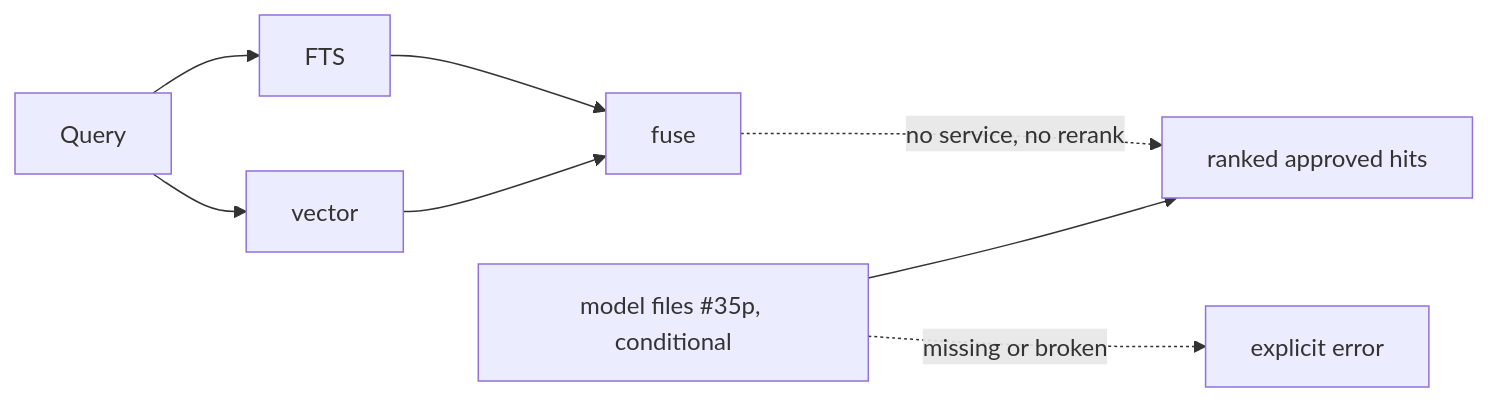
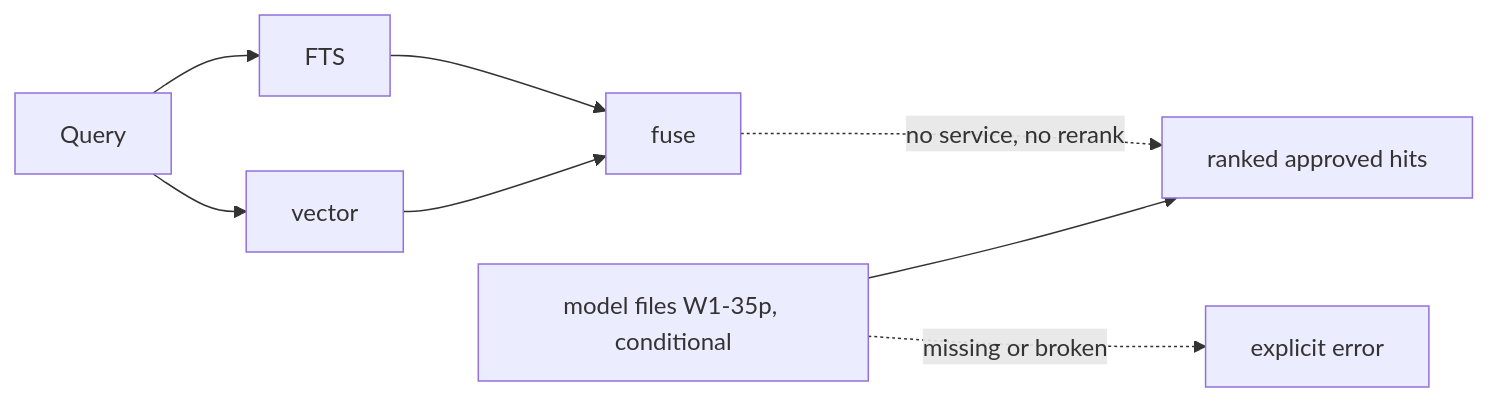
One commit to Stihotvor/law_by_ai changed the seventh of 13 diagrams in docs/design/wave1-mvp/tickets/search-ocr.md. Above: the diagram before and after it, drawn with Mermaid. The commit also changed other lines of this file and 15 other files, not shown here.

````diff
--- a/docs/design/wave1-mvp/tickets/search-ocr.md
+++ b/docs/design/wave1-mvp/tickets/search-ocr.md
@@ -291,8 +291,8 @@
 ```mermaid
 flowchart LR
   Q[Query] --> F[FTS] --> X[fuse]
   Q --> V[vector] --> X
-  P[model files #35p, conditional] --> R
+  P[model files W1-35p, conditional] --> R
   X -. no service, no rerank .-> R[ranked approved hits]
   P -. missing or broken .-> E[explicit error]
 ```
````
